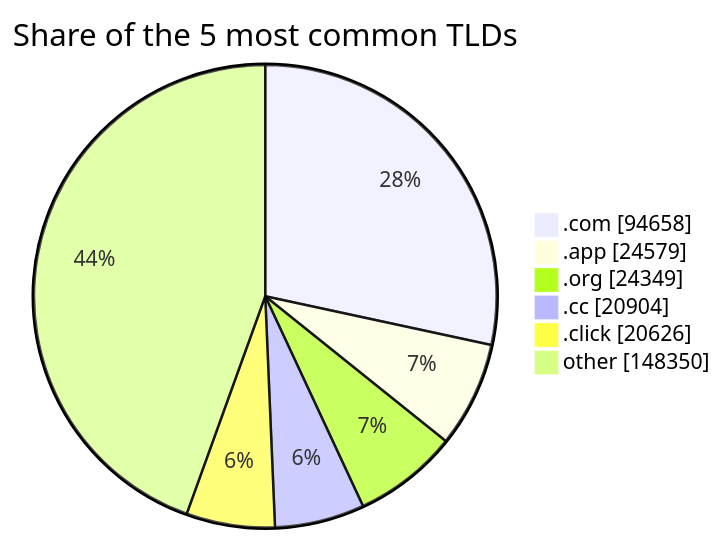
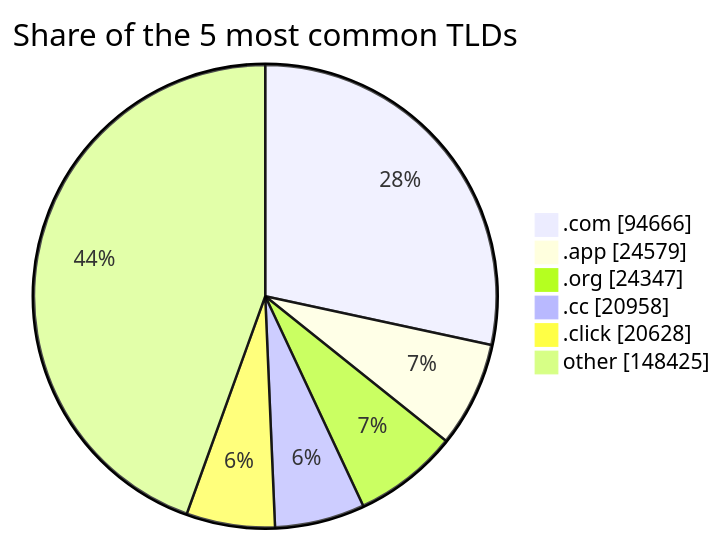
Before and after one commit to DNSBunker/CTI: the third of 3 diagrams in README.md, drawn with Mermaid. The commit also changed other lines of this file and 4 other files, not shown here.

````diff
--- a/README.md
+++ b/README.md
@@ -81,9 +81,9 @@
 ```mermaid
 pie showData title Share of the 5 most common TLDs
-    ".com" : 94658
+    ".com" : 94666
     ".app" : 24579
-    ".org" : 24349
-    ".cc" : 20904
-    ".click" : 20626
-    "other" : 148350
+    ".org" : 24347
+    ".cc" : 20958
+    ".click" : 20628
+    "other" : 148425
 ```
````
